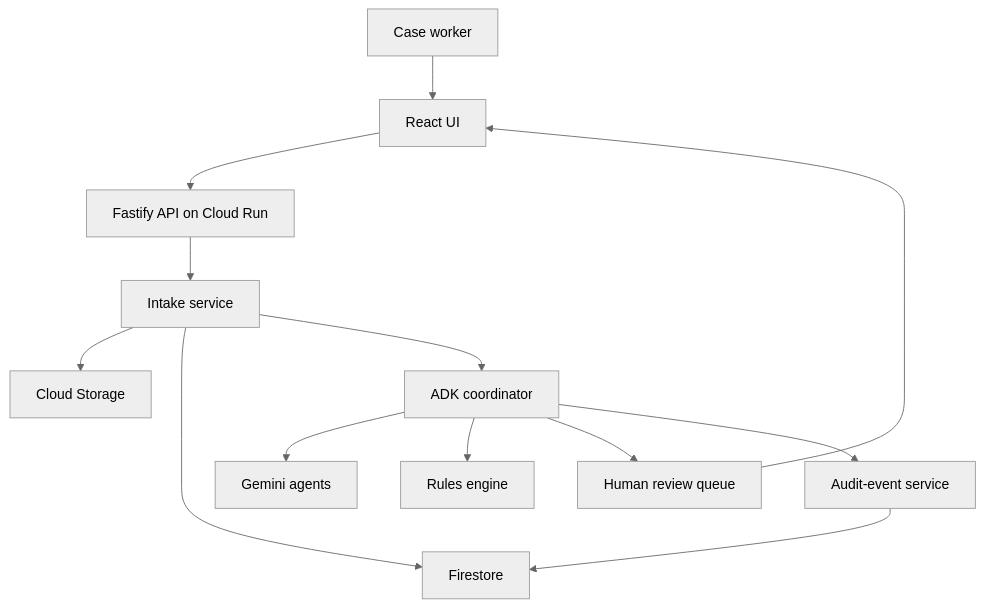
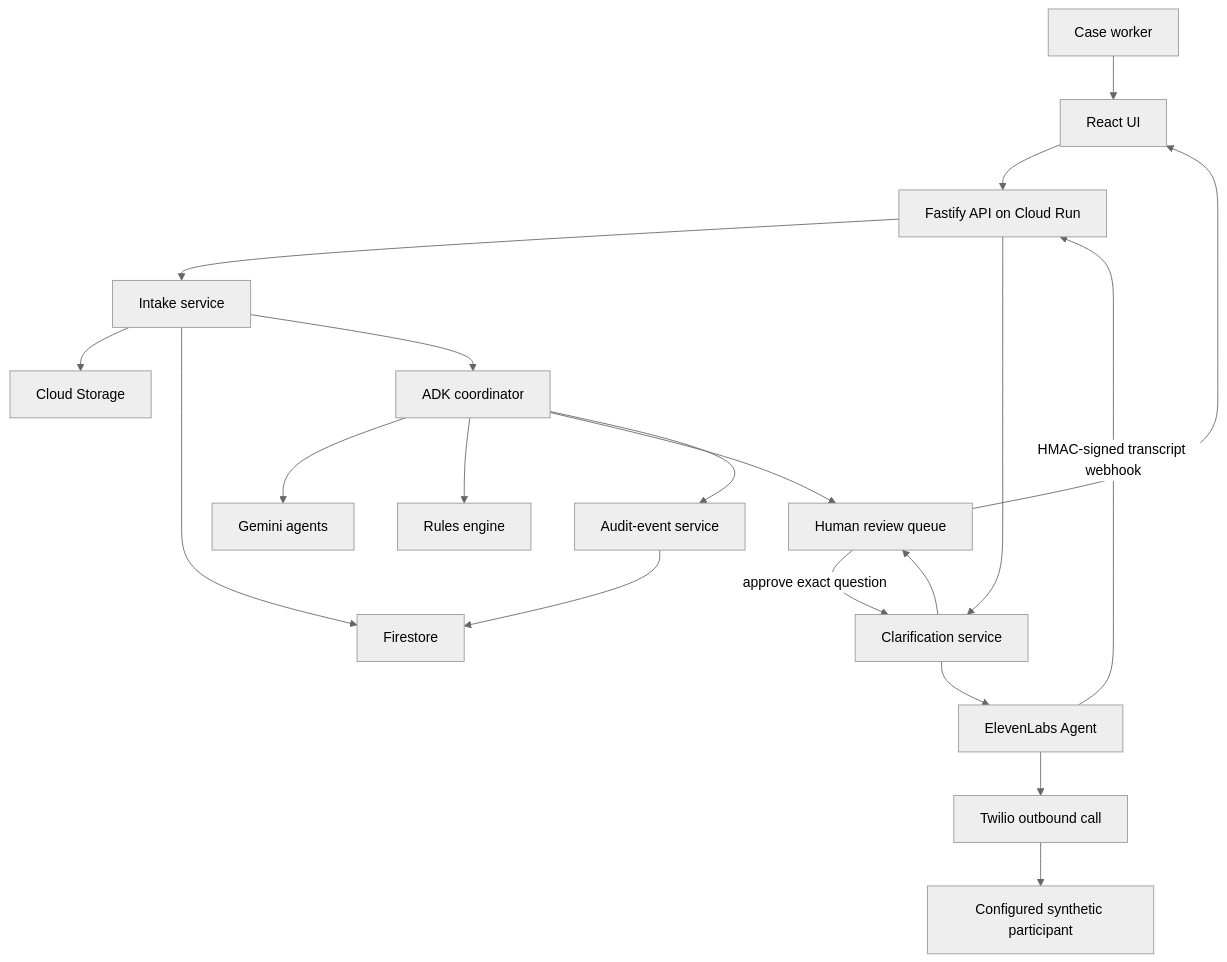
One commit to amin076/claimflow-agent changed the diagram in docs/architecture.md. Above: the diagram before and after it, drawn with Mermaid (neutral theme). The commit also changed other lines of this file, not shown here.

Commit message:
docs: add voice clarification to system architecture

````diff
--- a/docs/architecture.md
+++ b/docs/architecture.md
@@ -7,15 +7,23 @@
 ```mermaid
 flowchart TD
     U["Case worker"] --> W["React UI"]
     W --> A["Fastify API on Cloud Run"]
     A --> I["Intake service"]
     I --> B["Cloud Storage"]
     I --> F["Firestore"]
     I --> O["ADK coordinator"]
     O --> G["Gemini agents"]
     O --> R["Rules engine"]
     O --> H["Human review queue"]
     O --> E["Audit-event service"]
     E --> F
     H --> W
+
+    H -->|"approve exact question"| C["Clarification service"]
+    C --> EL["ElevenLabs Agent"]
+    EL --> T["Twilio outbound call"]
+    T --> P["Configured synthetic participant"]
+    EL -->|"HMAC-signed transcript webhook"| A
+    A --> C
+    C --> H
 ```
````
